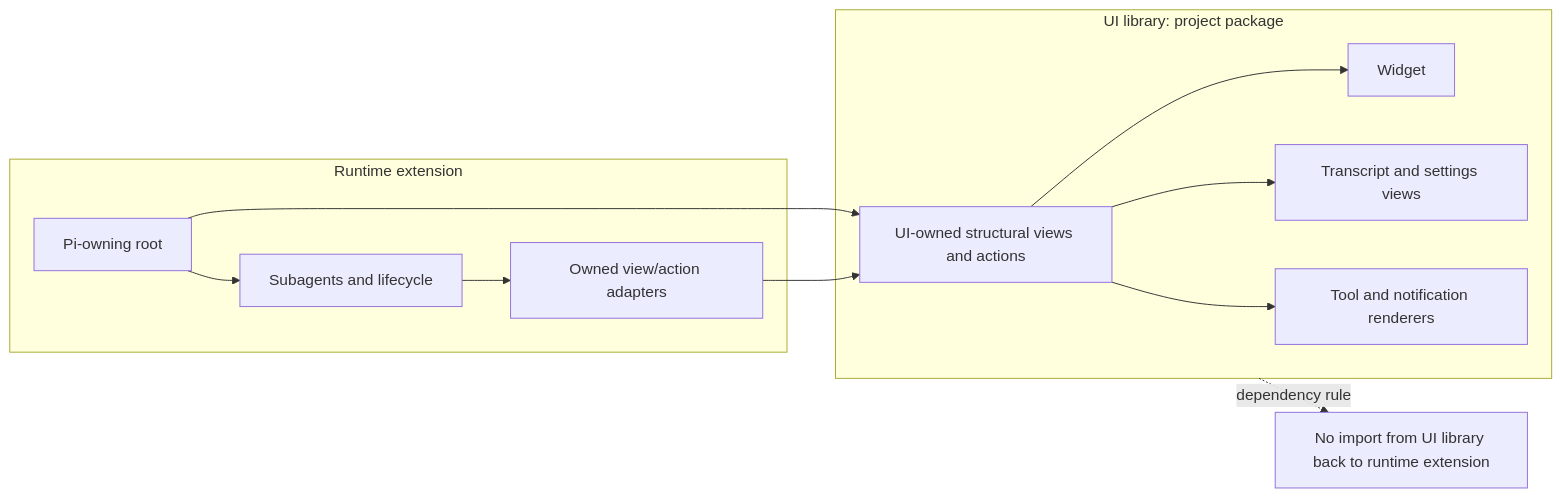
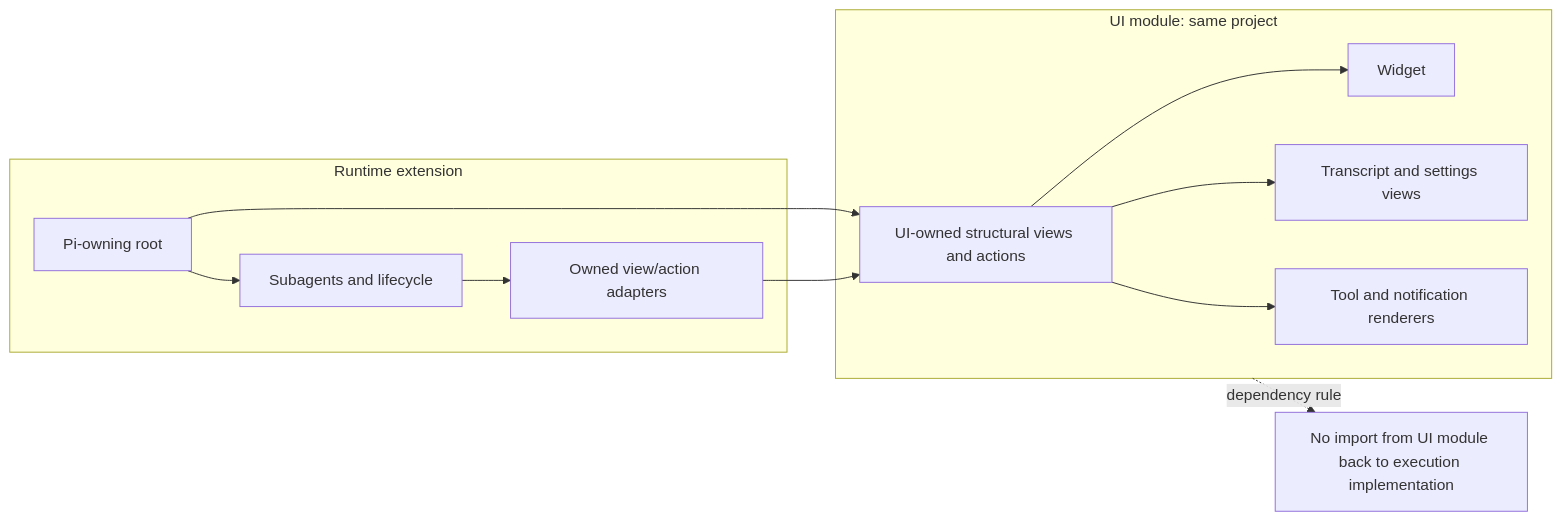
One commit to louiss0/pi-packages changed the seventh of 14 diagrams in pi-tiered-subagents/docs/ARCHITECTURE-SPEC.md. Above: the diagram before and after it, drawn with Mermaid. The commit also changed other lines of this file and 44 other files, not shown here.

````diff
--- a/pi-tiered-subagents/docs/ARCHITECTURE-SPEC.md
+++ b/pi-tiered-subagents/docs/ARCHITECTURE-SPEC.md
@@ -415,23 +417,23 @@
 ```mermaid
 flowchart LR
     subgraph EXT[Runtime extension]
         ROOT[Pi-owning root]
         CORE[Subagents and lifecycle]
         ADAPT[Owned view/action adapters]
         ROOT --> CORE
         CORE --> ADAPT
     end
-    subgraph LIB[UI library: project package]
+    subgraph LIB[UI module: same project]
         PORT[UI-owned structural views and actions]
         W[Widget]
         V[Transcript and settings views]
         R[Tool and notification renderers]
         PORT --> W
         PORT --> V
         PORT --> R
     end
     ROOT --> PORT
     ADAPT --> PORT
-    NOTE[No import from UI library back to runtime extension]
+    NOTE[No import from UI module back to execution implementation]
     LIB -. dependency rule .-> NOTE
 ```
````
